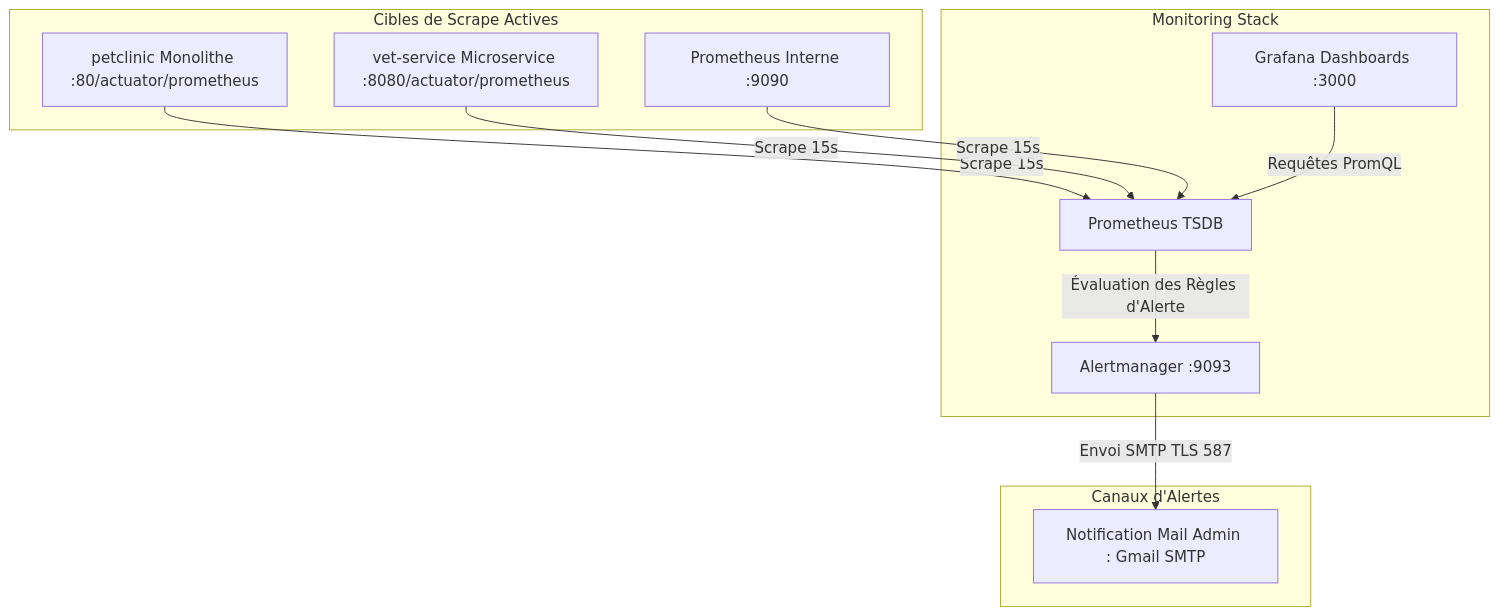
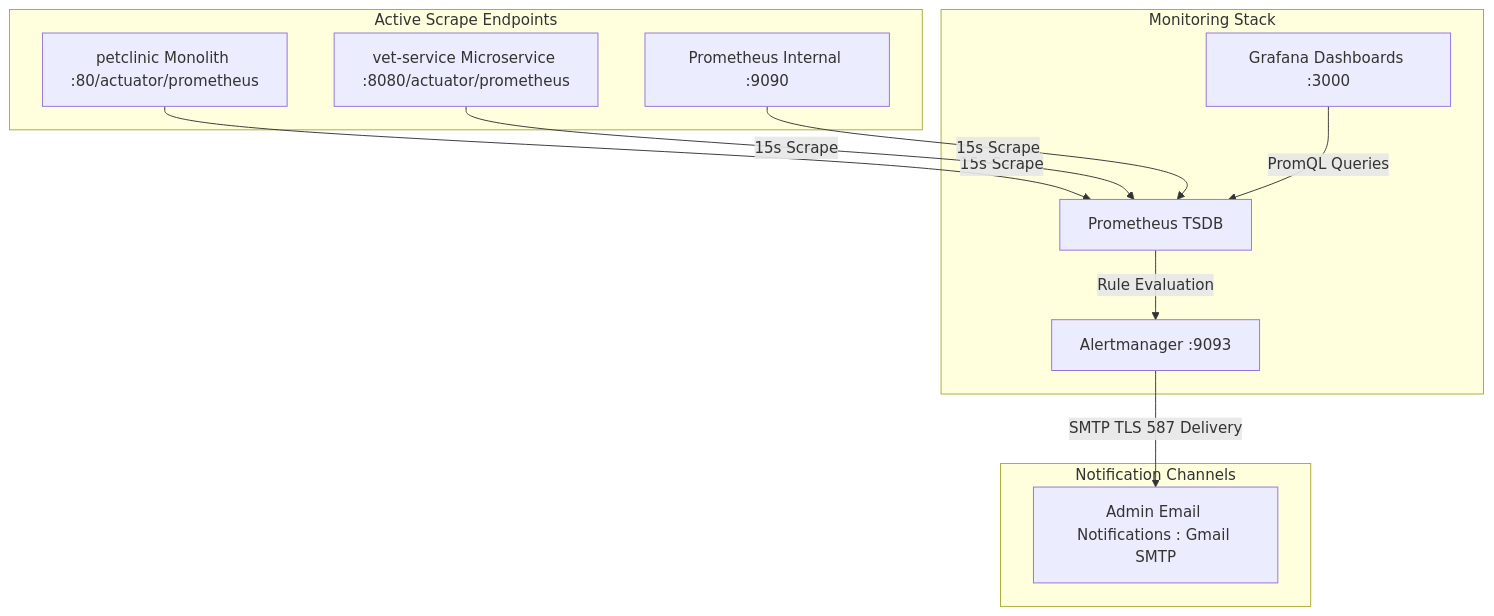
The eighth of 9 diagrams in README.md (abdochiguer/Monolith-to-Microservices-Migration), drawn with Mermaid before and after one commit. The commit also changed other lines of this file, not shown here.

````diff
--- a/README.md
+++ b/README.md
@@ -422,26 +419,26 @@
 ```mermaid
 flowchart TD
-    subgraph Cibles de Scrape Actives
-        M_App[petclinic Monolithe :80/actuator/prometheus]
+    subgraph Active Scrape Endpoints
+        M_App[petclinic Monolith :80/actuator/prometheus]
         V_App[vet-service Microservice :8080/actuator/prometheus]
-        PromNode[Prometheus Interne :9090]
+        PromNode[Prometheus Internal :9090]
     end
 
     subgraph Monitoring Stack
         Prometheus[Prometheus TSDB]
         Alertmgr[Alertmanager :9093]
         Grafana[Grafana Dashboards :3000]
     end
 
-    subgraph Canaux d'Alertes
-        EmailAdmin[Notification Mail Admin : Gmail SMTP]
+    subgraph Notification Channels
+        EmailAdmin[Admin Email Notifications : Gmail SMTP]
     end
 
-    M_App -->|Scrape 15s| Prometheus
-    V_App -->|Scrape 15s| Prometheus
-    PromNode -->|Scrape 15s| Prometheus
+    M_App -->|15s Scrape| Prometheus
+    V_App -->|15s Scrape| Prometheus
+    PromNode -->|15s Scrape| Prometheus
 
-    Prometheus -->|Évaluation des Règles d'Alerte| Alertmgr
-    Alertmgr -->|Envoi SMTP TLS 587| EmailAdmin
-    Grafana -->|Requêtes PromQL| Prometheus
+    Prometheus -->|Rule Evaluation| Alertmgr
+    Alertmgr -->|SMTP TLS 587 Delivery| EmailAdmin
+    Grafana -->|PromQL Queries| Prometheus
 ```
````
